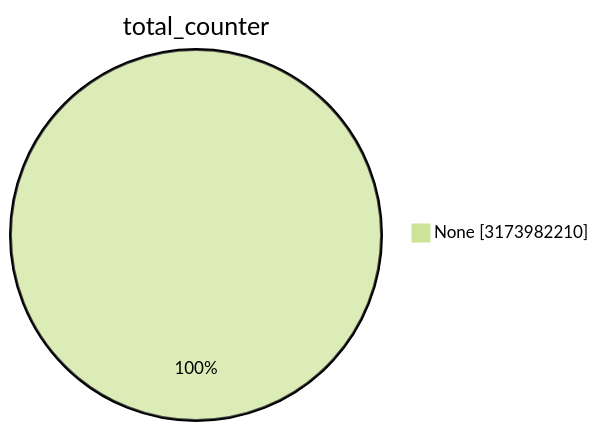
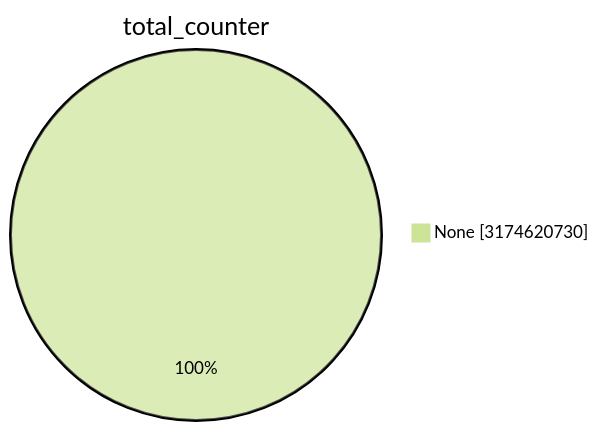
One commit to christiankrug/ctmonitor_visualization changed the first of 15 diagrams in TOTAL/README.md. Above: the diagram before and after it, drawn with Mermaid (forest theme). The commit also changed other lines of this file, not shown here.

````diff
--- a/TOTAL/README.md
+++ b/TOTAL/README.md
@@ -1,5 +1,5 @@
 ```mermaid
 pie showData
 title total_counter
-"None" :3173982210
+"None" :3174620730
 ```
````
